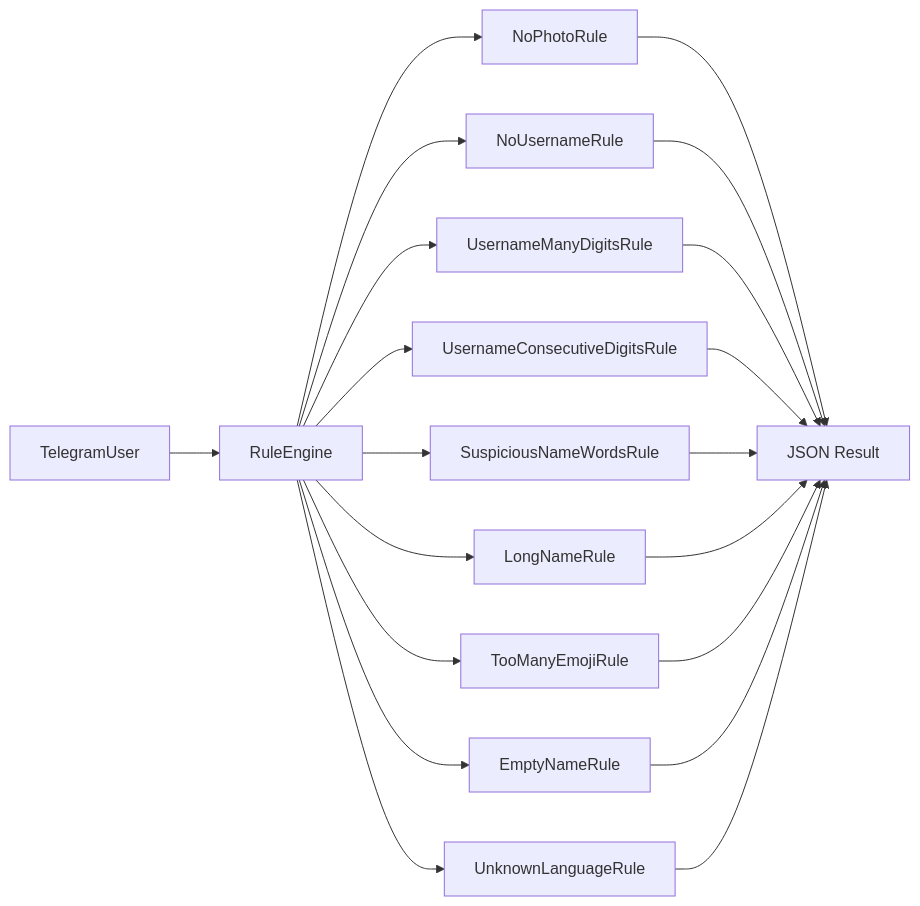
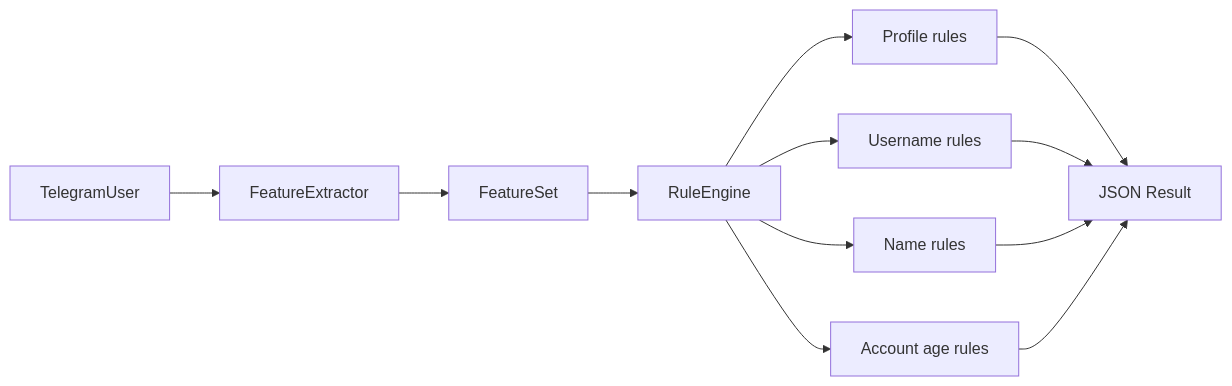
The diagram in docs/rule_engine.md (Nikigo1983/BotHunter-AI), drawn with Mermaid before and after one commit. The commit also changed other lines of this file and 31 other files, not shown here.

First line of the commit message:
Release v3.0.0 - Account age risk rules, YAML heuristics, docs, and backup scripts.

````diff
--- a/docs/rule_engine.md
+++ b/docs/rule_engine.md
@@ -15,22 +17,14 @@
 ```mermaid
 flowchart LR
-    TU[TelegramUser] --> RE[RuleEngine]
-    RE --> R1[NoPhotoRule]
-    RE --> R2[NoUsernameRule]
-    RE --> R3[UsernameManyDigitsRule]
-    RE --> R4[UsernameConsecutiveDigitsRule]
-    RE --> R5[SuspiciousNameWordsRule]
-    RE --> R6[LongNameRule]
-    RE --> R7[TooManyEmojiRule]
-    RE --> R8[EmptyNameRule]
-    RE --> R9[UnknownLanguageRule]
+    TU[TelegramUser] --> FE[FeatureExtractor]
+    FE --> FS[FeatureSet]
+    FS --> RE[RuleEngine]
+    RE --> R1[Profile rules]
+    RE --> R2[Username rules]
+    RE --> R3[Name rules]
+    RE --> R4[Account age rules]
     R1 --> OUT[JSON Result]
     R2 --> OUT
     R3 --> OUT
     R4 --> OUT
-    R5 --> OUT
-    R6 --> OUT
-    R7 --> OUT
-    R8 --> OUT
-    R9 --> OUT
 ```
````
